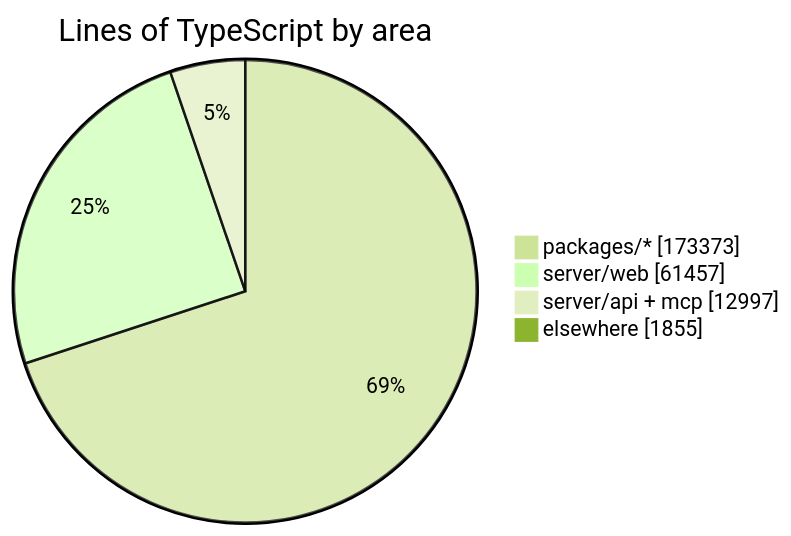
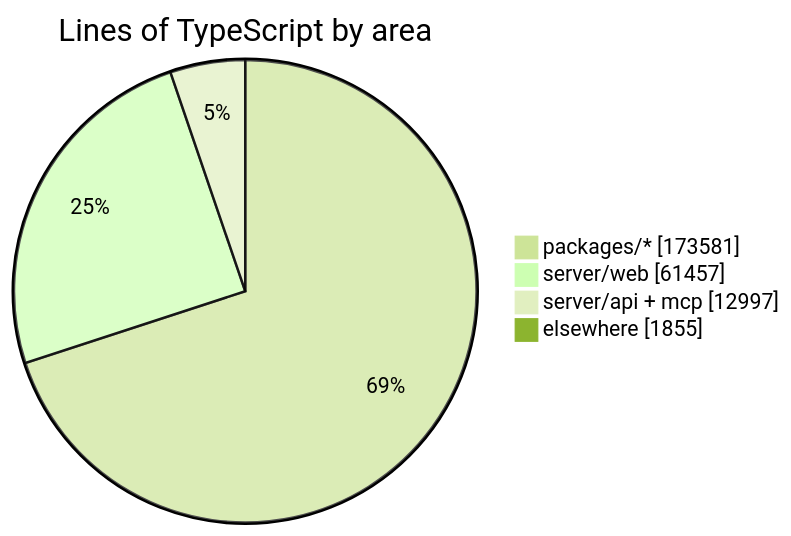
One commit to crossworks-engineering/mantle changed the diagram in README.md. Above: the diagram before and after it, drawn with Mermaid (forest theme). The commit also changed other lines of this file and 2 other files, not shown here.

````diff
--- a/README.md
+++ b/README.md
@@ -279,7 +279,7 @@
 ```mermaid
 pie showData title Lines of TypeScript by area
-    "packages/*" : 173373
+    "packages/*" : 173581
     "server/web" : 61457
     "server/api + mcp" : 12997
     "elsewhere" : 1855
 ```
````
